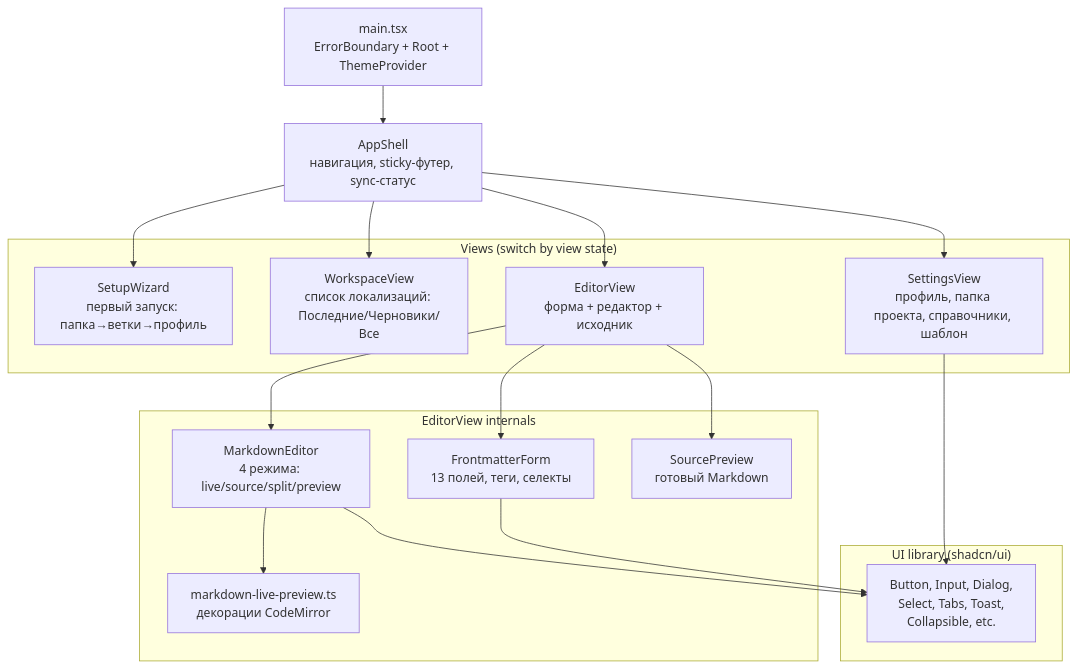
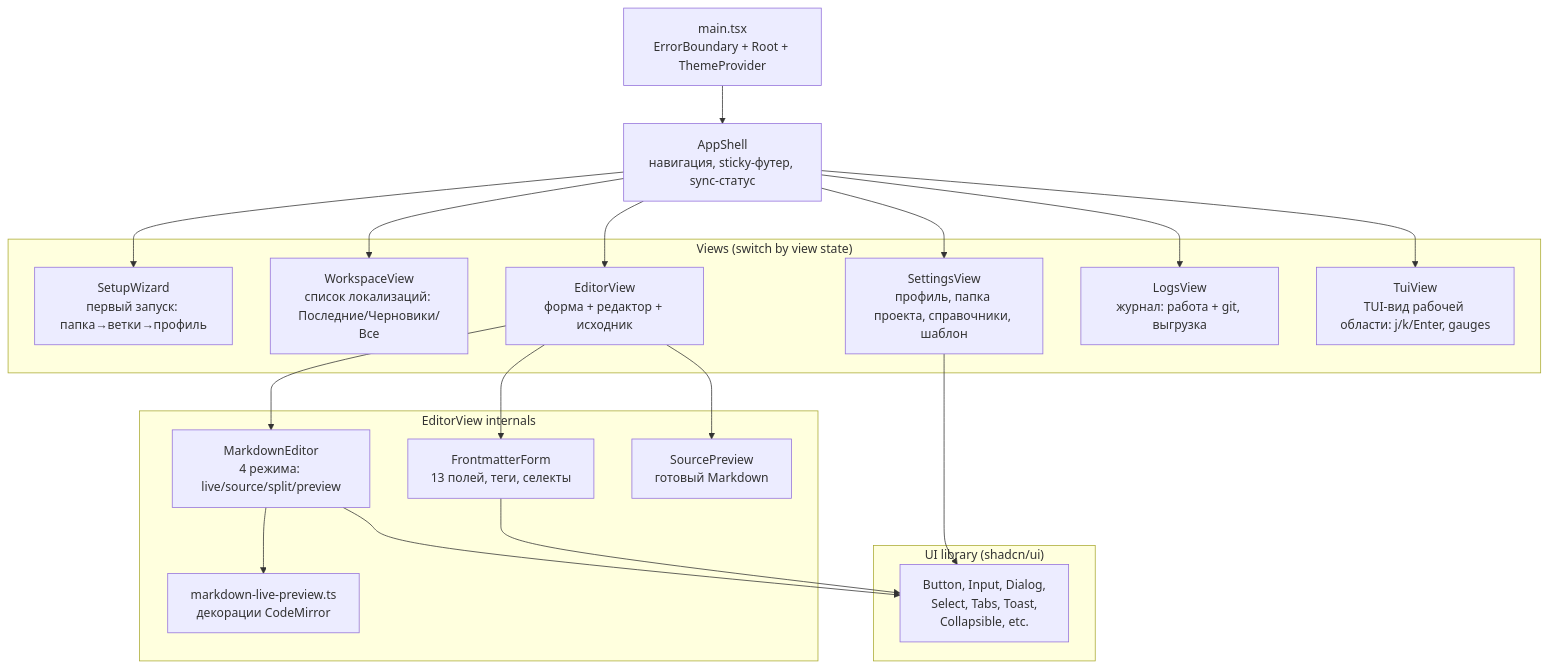
The second of 19 diagrams in ARCHITECTURE.md (artamonovav/ids), drawn with Mermaid before and after one commit. The commit also changed other lines of this file and 26 other files, not shown here.

````diff
--- a/ARCHITECTURE.md
+++ b/ARCHITECTURE.md
@@ -51,39 +51,43 @@
 ```mermaid
 graph TD
     MAIN[main.tsx<br/>ErrorBoundary + Root + ThemeProvider]
     APP[AppShell<br/>навигация, sticky-футер, sync-статус]
 
     MAIN --> APP
 
     subgraph "Views (switch by view state)"
         SETUP[SetupWizard<br/>первый запуск: папка→ветки→профиль]
         WORK[WorkspaceView<br/>список локализаций: Последние/Черновики/Все]
         EDITOR[EditorView<br/>форма + редактор + исходник]
         SETTINGS[SettingsView<br/>профиль, папка проекта, справочники, шаблон]
+        LOGS[LogsView<br/>журнал: работа + git, выгрузка]
+        TUI[TuiView<br/>TUI-вид рабочей области: j/k/Enter, gauges]
     end
 
     APP --> SETUP
     APP --> WORK
     APP --> EDITOR
     APP --> SETTINGS
+    APP --> LOGS
+    APP --> TUI
 
     subgraph "EditorView internals"
         FM[FrontmatterForm<br/>13 полей, теги, селекты]
         MD[MarkdownEditor<br/>4 режима: live/source/split/preview]
         LIVE[markdown-live-preview.ts<br/>декорации CodeMirror]
         SRC[SourcePreview<br/>готовый Markdown]
     end
 
     EDITOR --> FM
     EDITOR --> MD
     EDITOR --> SRC
     MD --> LIVE
 
     subgraph "UI library (shadcn/ui)"
         UI[Button, Input, Dialog,<br/>Select, Tabs, Toast,<br/>Collapsible, etc.]
     end
 
     FM --> UI
     MD --> UI
     SETTINGS --> UI
 ```
````
